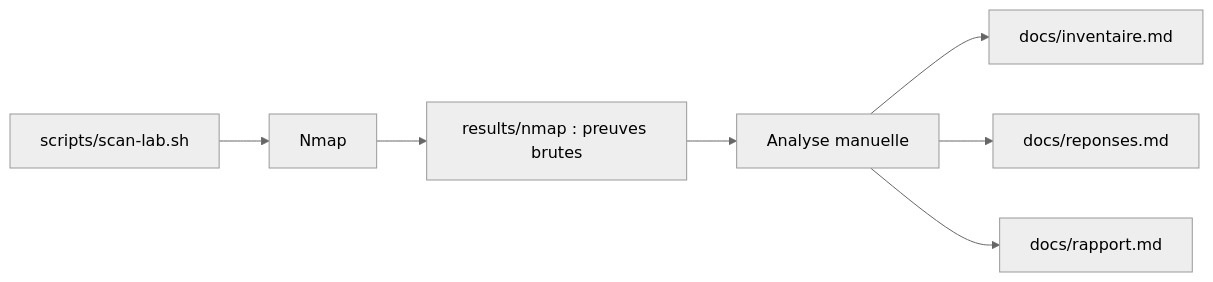
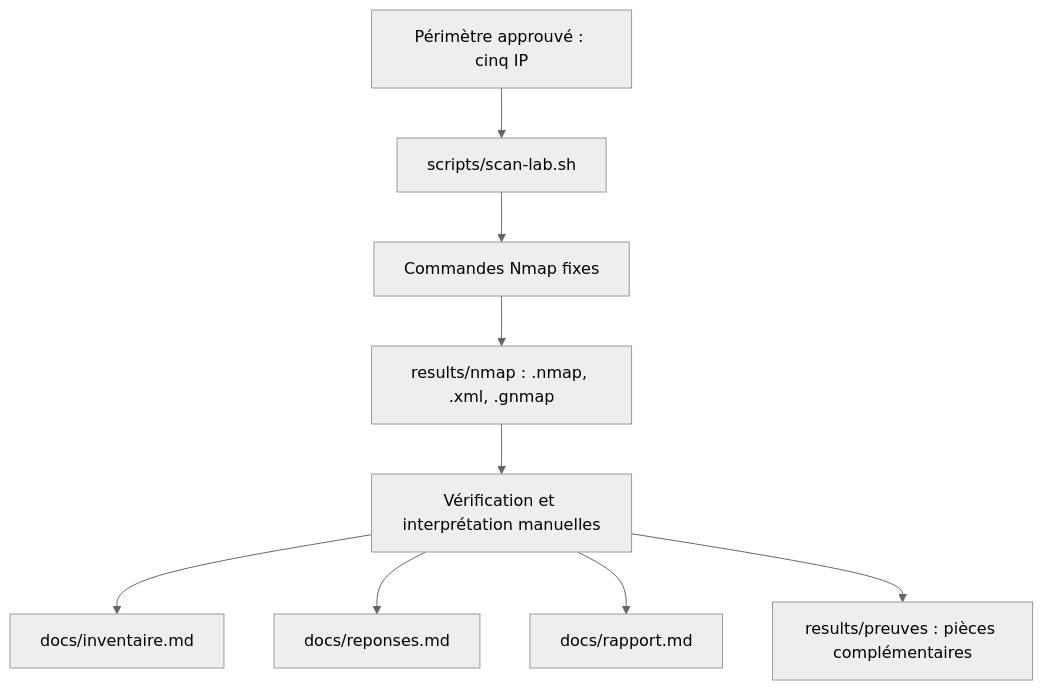
One commit to RufusTheDwarf/NetRecon-Lab changed the diagram in README.md. Above: the diagram before and after it, drawn with Mermaid (neutral theme). The commit also changed other lines of this file and 23 other files, not shown here.

````diff
--- a/README.md
+++ b/README.md
@@ -109,9 +350,11 @@
 ```mermaid
-flowchart LR
-    A["scripts/scan-lab.sh"] --> B["Nmap"]
-    B --> C["results/nmap : preuves brutes"]
-    C --> D["Analyse manuelle"]
-    D --> E["docs/inventaire.md"]
-    D --> F["docs/reponses.md"]
-    D --> G["docs/rapport.md"]
+flowchart TD
+    A["Périmètre approuvé : cinq IP"] --> B["scripts/scan-lab.sh"]
+    B --> C["Commandes Nmap fixes"]
+    C --> D["results/nmap : .nmap, .xml, .gnmap"]
+    D --> E["Vérification et interprétation manuelles"]
+    E --> F["docs/inventaire.md"]
+    E --> G["docs/reponses.md"]
+    E --> H["docs/rapport.md"]
+    E --> I["results/preuves : pièces complémentaires"]
 ```
````
